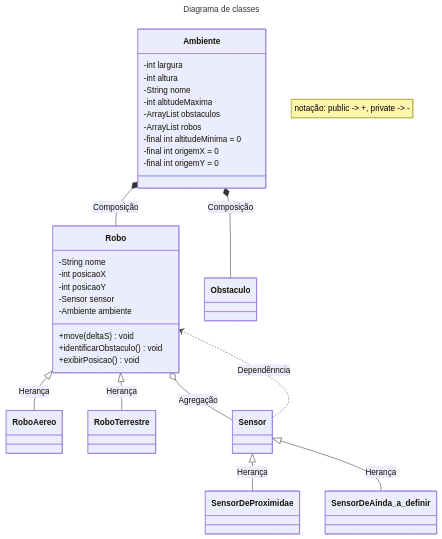
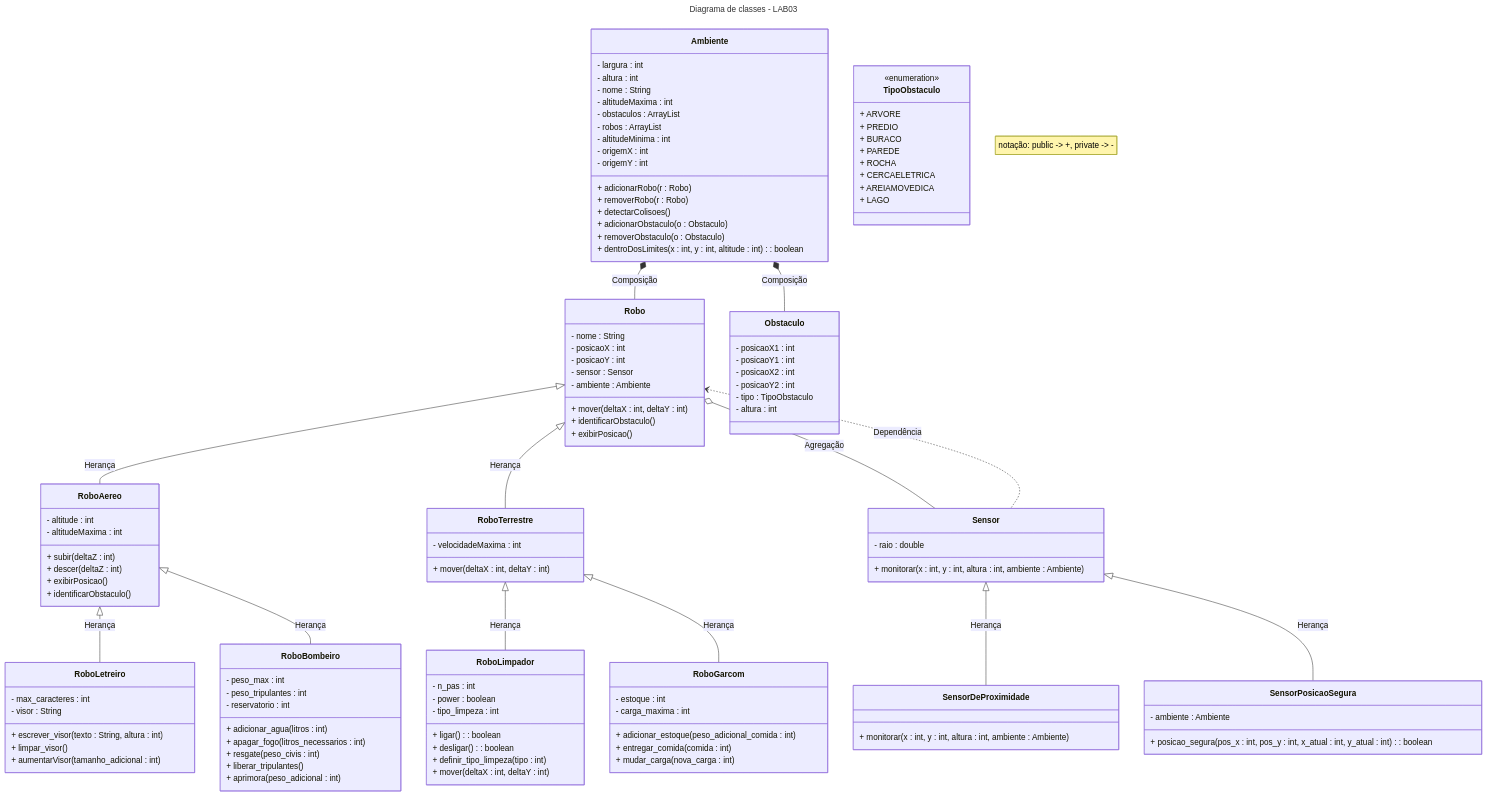
One commit to KauanAprigio/MC322 changed the diagram in README.md. Above: the diagram before and after it, drawn with Mermaid. The commit also changed other lines of this file, not shown here.

Commit message:
Update class diagram in README.md: complete LAB03 class diagram with detailed class structure and relationships for all robots and sensors.

````diff
--- a/README.md
+++ b/README.md
@@ -24,38 +24,135 @@
 ```mermaid
 ---
-title: Diagrama de classes
+title: Diagrama de classes - LAB03
 ---
 classDiagram
     note "notação: public -> +, private -> -"
+    
+    class Robo {
+        - nome : String
+        - posicaoX : int
+        - posicaoY : int
+        - sensor : Sensor
+        - ambiente : Ambiente
+        + mover(deltaX : int, deltaY : int)
+        + identificarObstaculo()
+        + exibirPosicao()
+    }
+
+    class RoboTerrestre {
+        - velocidadeMaxima : int
+        + mover(deltaX : int, deltaY : int)
+    }
+
+    class RoboAereo {
+        - altitude : int
+        - altitudeMaxima : int
+        + subir(deltaZ : int)
+        + descer(deltaZ : int)
+        + exibirPosicao()
+        + identificarObstaculo()
+    }
+
+    class RoboLimpador {
+        - n_pas : int
+        - power : boolean
+        - tipo_limpeza : int
+        + ligar() : boolean
+        + desligar() : boolean
+        + definir_tipo_limpeza(tipo : int)
+        + mover(deltaX : int, deltaY : int)
+    }
+
+    class RoboGarcom {
+        - estoque : int
+        - carga_maxima : int
+        + adicionar_estoque(peso_adicional_comida : int)
+        + entregar_comida(comida : int)
+        + mudar_carga(nova_carga : int)
+    }
+
+    class RoboLetreiro {
+        - max_caracteres : int
+        - visor : String
+        + escrever_visor(texto : String, altura : int)
+        + limpar_visor()
+        + aumentarVisor(tamanho_adicional : int)
+    }
+
+    class RoboBombeiro {
+        - peso_max : int
+        - peso_tripulantes : int
+        - reservatorio : int
+        + adicionar_agua(litros : int)
+        + apagar_fogo(litros_necessarios : int)
+        + resgate(peso_civis : int)
+        + liberar_tripulantes()
+        + aprimora(peso_adicional : int)
+    }
+
+    class Sensor {
+        - raio : double
+        + monitorar(x : int, y : int, altura : int, ambiente : Ambiente)
+    }
+
+    class SensorDeProximidade {
+        + monitorar(x : int, y : int, altura : int, ambiente : Ambiente)
+    }
+
+    class SensorPosicaoSegura {
+        - ambiente : Ambiente
+        + posicao_segura(pos_x : int, pos_y : int, x_atual : int, y_atual : int) : boolean
+    }
+
+    class Ambiente {
+        - largura : int
+        - altura : int
+        - nome : String
+        - altitudeMaxima : int
+        - obstaculos : ArrayList<Obstaculo>
+        - robos : ArrayList<Robo>
+        - altitudeMinima : int
+        - origemX : int
+        - origemY : int
+        + adicionarRobo(r : Robo)
+        + removerRobo(r : Robo)
+        + detectarColisoes()
+        + adicionarObstaculo(o : Obstaculo)
+        + removerObstaculo(o : Obstaculo)
+        + dentroDosLimites(x : int, y : int, altitude : int) : boolean
+    }
+
+    class Obstaculo {
+        - posicaoX1 : int
+        - posicaoY1 : int
+        - posicaoX2 : int
+        - posicaoY2 : int
+        - tipo : TipoObstaculo
+        - altura : int
+    }
+
+    class TipoObstaculo {
+        <<enumeration>>
+        + ARVORE
+        + PREDIO
+        + BURACO
+        + PAREDE
+        + ROCHA
+        + CERCAELETRICA
+        + AREIAMOVEDICA
+        + LAGO
+    }
+
     Robo <|-- RoboAereo : Herança
     Robo <|-- RoboTerrestre : Herança
+    RoboTerrestre <|-- RoboLimpador : Herança
+    RoboTerrestre <|-- RoboGarcom : Herança
+    RoboAereo <|-- RoboLetreiro : Herança
+    RoboAereo <|-- RoboBombeiro : Herança
     Ambiente *-- Robo : Composição
     Ambiente *-- Obstaculo : Composição
-    Robo o-- Sensor  : Agregação
-    Robo <.. Sensor : Dependênncia
-    Sensor <|-- SensorDeProximidae : Herança
-    Sensor <|-- SensorDeAinda_a_definir : Herança
-    class Robo {
-        -String nome
-        -int posicaoX
-        -int posicaoY
-        -Sensor sensor
-        -Ambiente ambiente
-
-        +move(deltaS) void
-        +identificarObstaculo() void
-        +exibirPosicao() void
-    }
-    class Ambiente {
-        -int largura
-        -int altura
-        -String nome
-        -int altitudeMaxima
-        -ArrayList<Obstaculo> obstaculos
-        -ArrayList<Robo> robos
-        -final int altitudeMinima = 0
-        -final int origemX = 0
-        -final int origemY = 0
-    }
-    
+    Robo o-- Sensor : Agregação
+    Robo <.. Sensor : Dependência
+    Sensor <|-- SensorDeProximidade : Herança
+    Sensor <|-- SensorPosicaoSegura : Herança
 ```
````
